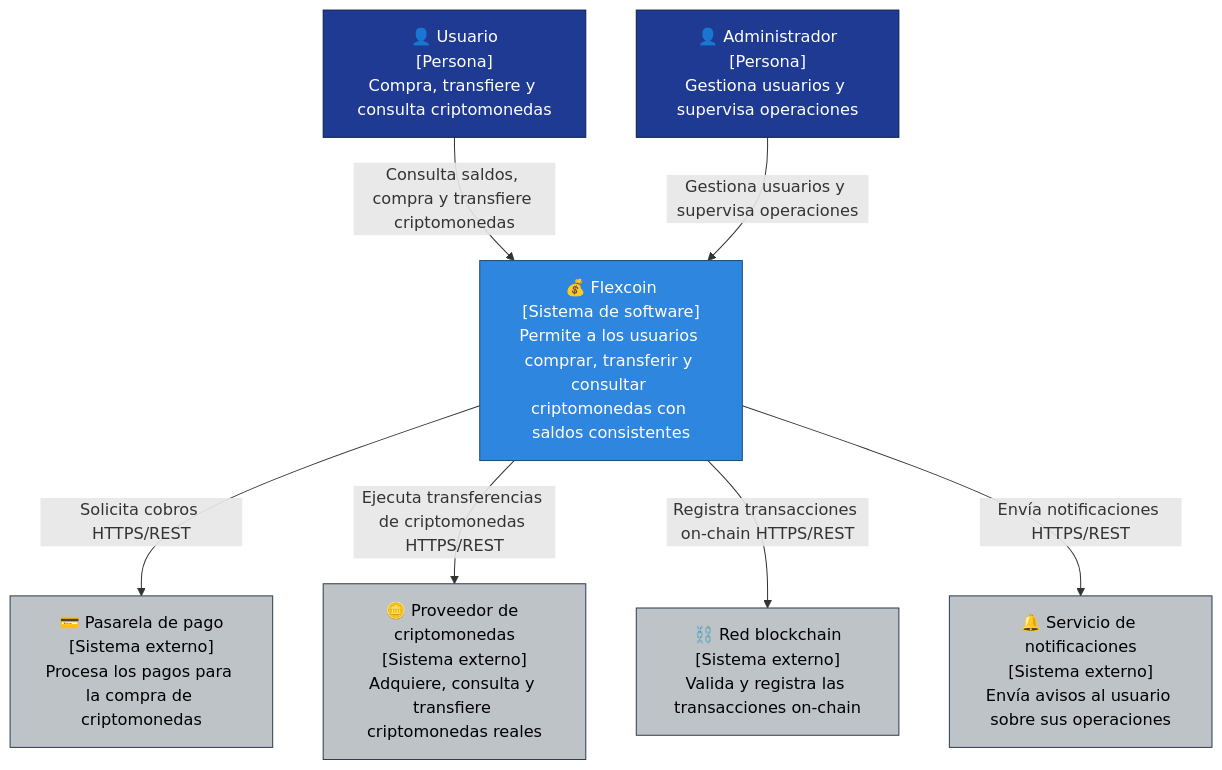
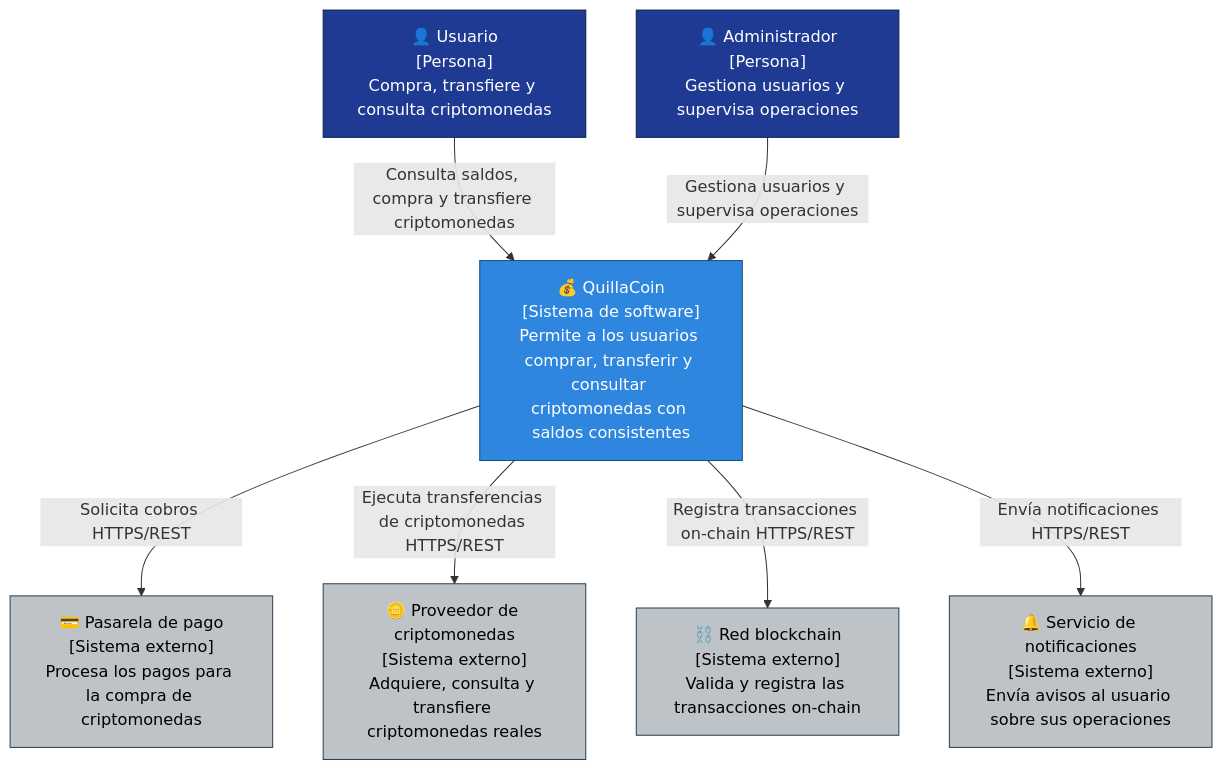
One commit to B3L70N/Flexcoin-arquitSoft-02-Jordy-Huaman changed the diagram in docs/04-modelo-c4/Nivel1-DiagramadeContextodelSistema.md. Above: the diagram before and after it, drawn with Mermaid. The commit also changed other lines of this file and 14 other files, not shown here.

Commit message:
Cambio de nombre del sistema Flexcoin por QuillaCoin

````diff
--- a/docs/04-modelo-c4/Nivel1-DiagramadeContextodelSistema.md
+++ b/docs/04-modelo-c4/Nivel1-DiagramadeContextodelSistema.md
@@ -23,28 +23,28 @@
 ```mermaid
 flowchart TB
     Usuario["👤 Usuario<br/>[Persona]<br/>Compra, transfiere y consulta criptomonedas"]
     Admin["👤 Administrador<br/>[Persona]<br/>Gestiona usuarios y supervisa operaciones"]
 
-    Flexcoin["💰 Flexcoin<br/>[Sistema de software]<br/>Permite a los usuarios comprar, transferir y consultar criptomonedas con saldos consistentes"]
+    QuillaCoin["💰 QuillaCoin<br/>[Sistema de software]<br/>Permite a los usuarios comprar, transferir y consultar criptomonedas con saldos consistentes"]
 
     Pasarela["💳 Pasarela de pago<br/>[Sistema externo]<br/>Procesa los pagos para la compra de criptomonedas"]
     Proveedor["🪙 Proveedor de criptomonedas<br/>[Sistema externo]<br/>Adquiere, consulta y transfiere criptomonedas reales"]
     Blockchain["⛓️ Red blockchain<br/>[Sistema externo]<br/>Valida y registra las transacciones on-chain"]
     Notif["🔔 Servicio de notificaciones<br/>[Sistema externo]<br/>Envía avisos al usuario sobre sus operaciones"]
 
-    Usuario -->|Consulta saldos, compra y transfiere criptomonedas| Flexcoin
-    Admin -->|Gestiona usuarios y supervisa operaciones| Flexcoin
+    Usuario -->|Consulta saldos, compra y transfiere criptomonedas| QuillaCoin
+    Admin -->|Gestiona usuarios y supervisa operaciones| QuillaCoin
 
-    Flexcoin -->|Solicita cobros HTTPS/REST| Pasarela
-    Flexcoin -->|Ejecuta transferencias de criptomonedas HTTPS/REST| Proveedor
-    Flexcoin -->|Registra transacciones on-chain HTTPS/REST| Blockchain
-    Flexcoin -->|Envía notificaciones HTTPS/REST| Notif
+    QuillaCoin -->|Solicita cobros HTTPS/REST| Pasarela
+    QuillaCoin -->|Ejecuta transferencias de criptomonedas HTTPS/REST| Proveedor
+    QuillaCoin -->|Registra transacciones on-chain HTTPS/REST| Blockchain
+    QuillaCoin -->|Envía notificaciones HTTPS/REST| Notif
 
     style Usuario fill:#1f3a93,stroke:#0d1e4c,color:#ffffff
     style Admin fill:#1f3a93,stroke:#0d1e4c,color:#ffffff
-    style Flexcoin fill:#2e86de,stroke:#1b4f72,color:#ffffff
+    style QuillaCoin fill:#2e86de,stroke:#1b4f72,color:#ffffff
     style Pasarela fill:#bdc3c7,stroke:#2c3e50,color:#000000
     style Proveedor fill:#bdc3c7,stroke:#2c3e50,color:#000000
     style Blockchain fill:#bdc3c7,stroke:#2c3e50,color:#000000
     style Notif fill:#bdc3c7,stroke:#2c3e50,color:#000000
 ```
````
